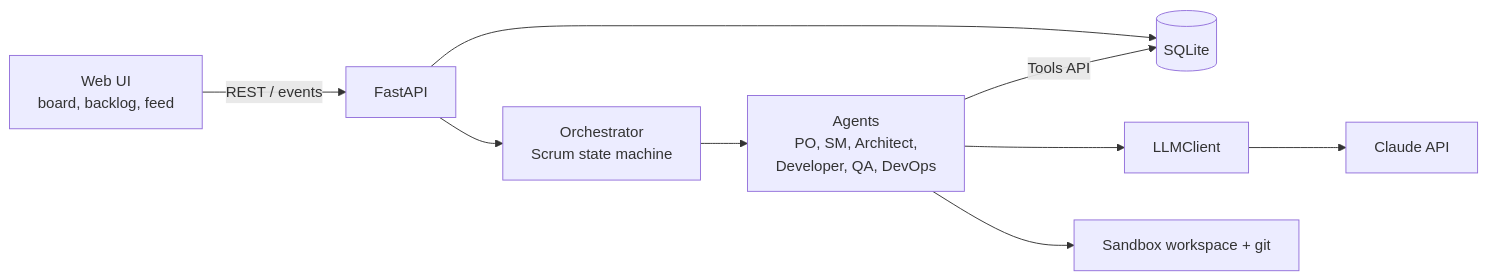
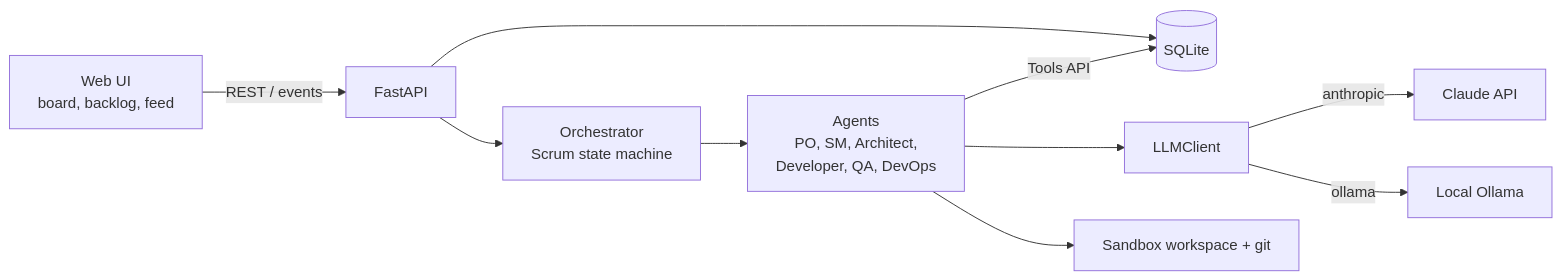
One commit to Muniya-64bit/scrum-agents-workbench changed the first of 5 diagrams in README.md. Above: the diagram before and after it, drawn with Mermaid. The commit also changed other lines of this file and 2 other files, not shown here.

First line of the commit message:
Update the architecture doc and README to match the current system

````diff
--- a/README.md
+++ b/README.md
@@ -52,11 +62,12 @@
 ```mermaid
 flowchart LR
   UI[Web UI<br/>board, backlog, feed] -->|REST / events| API[FastAPI]
   API --> ORCH[Orchestrator<br/>Scrum state machine]
   ORCH --> AG[Agents<br/>PO, SM, Architect,<br/>Developer, QA, DevOps]
   AG -->|Tools API| DB[(SQLite)]
   AG --> LLM[LLMClient]
-  LLM --> CLAUDE[Claude API]
+  LLM -->|anthropic| CLAUDE[Claude API]
+  LLM -->|ollama| OLLAMA[Local Ollama]
   AG --> WS[Sandbox workspace + git]
   API --> DB
 ```
````
